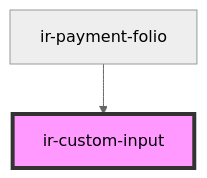
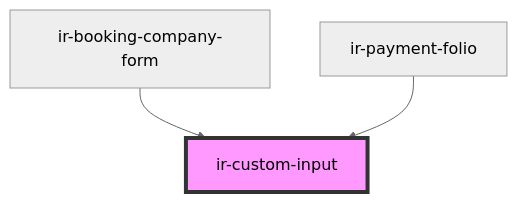
Before and after one commit to David1Chowaifaty/modified-ir-webcmp: the diagram in src/components/ui/ir-custom-input/readme.md, drawn with Mermaid (neutral theme). The commit also changed other lines of this file and 25 other files, not shown here.

````diff
--- a/src/components/ui/ir-custom-input/readme.md
+++ b/src/components/ui/ir-custom-input/readme.md
@@ -62,5 +63,6 @@
 ```mermaid
 graph TD;
+  ir-booking-company-form --> ir-custom-input
   ir-payment-folio --> ir-custom-input
   style ir-custom-input fill:#f9f,stroke:#333,stroke-width:4px
 ```
````
